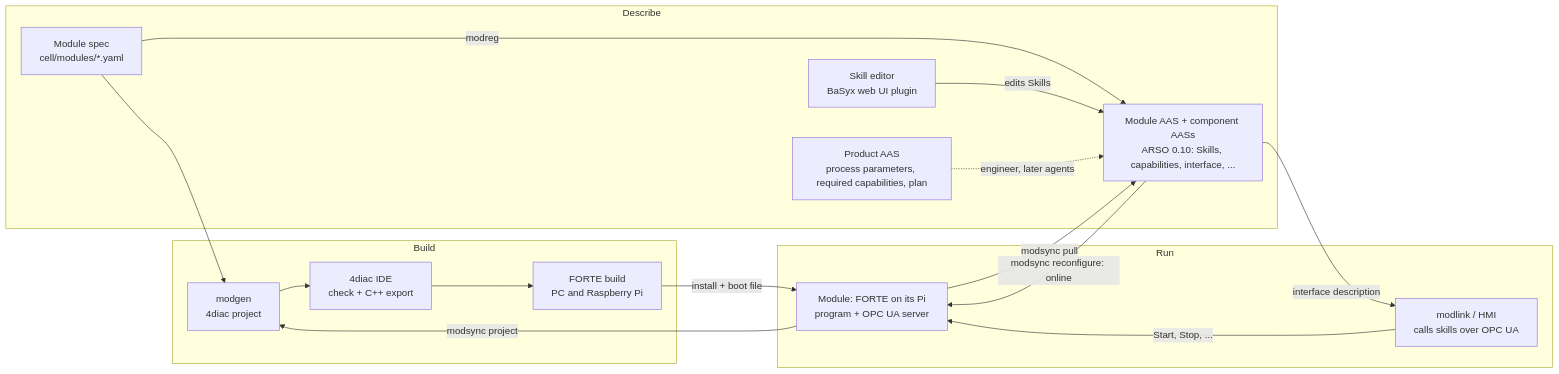
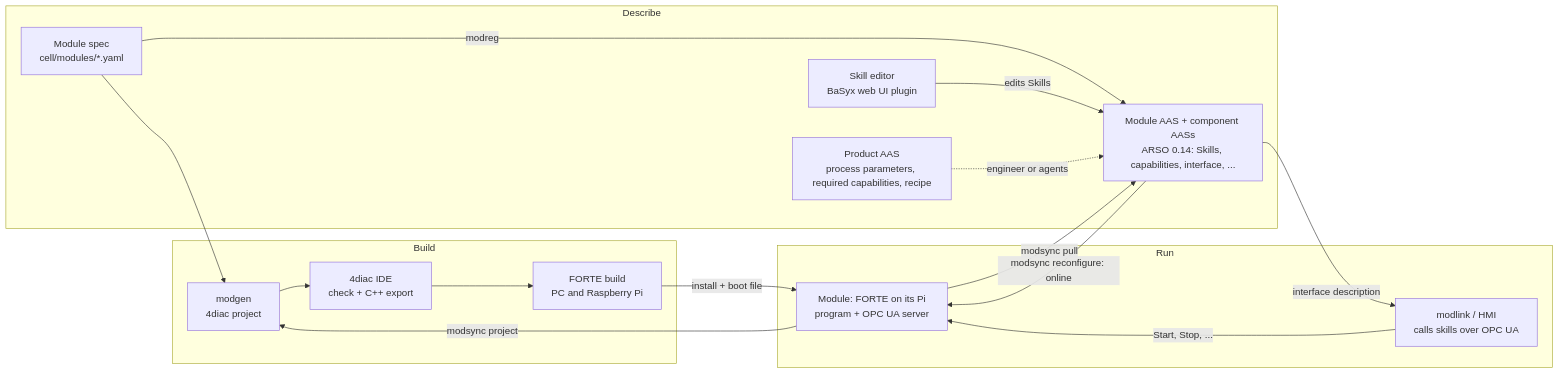
Before and after one commit to AAUSmartProductionLab/iec61499-mgmt-py: the diagram in docs/pipeline.md, drawn with Mermaid. The commit also changed other lines of this file and 3 other files, not shown here.

Commit message:
Pipeline, mapping and module docs: ARSO 0.14, Variables, the agents and SKILL_FailMerge as built

````diff
--- a/docs/pipeline.md
+++ b/docs/pipeline.md
@@ -18,26 +18,26 @@
 ```mermaid
 flowchart LR
     subgraph Describe
         spec[Module spec<br/>cell/modules/*.yaml]
-        aas[Module AAS + component AASs<br/>ARSO 0.10: Skills, capabilities, interface, ...]
-        product[Product AAS<br/>process parameters, required capabilities, plan]
+        aas[Module AAS + component AASs<br/>ARSO 0.14: Skills, capabilities, interface, ...]
+        product[Product AAS<br/>process parameters, required capabilities, recipe]
         editor[Skill editor<br/>BaSyx web UI plugin]
     end
     subgraph Build
         modgen[modgen<br/>4diac project]
         ide[4diac IDE<br/>check + C++ export]
         forte[FORTE build<br/>PC and Raspberry Pi]
     end
     subgraph Run
         device[Module: FORTE on its Pi<br/>program + OPC UA server]
         modlink[modlink / HMI<br/>calls skills over OPC UA]
     end
     spec --> modgen --> ide --> forte -->|install + boot file| device
     spec -->|modreg| aas
     device -->|modsync pull| aas
     editor -->|edits Skills| aas
-    product -.->|engineer, later agents| aas
+    product -.->|engineer or agents| aas
     aas -->|modsync reconfigure: online| device
     aas -->|interface description| modlink -->|Start, Stop, ...| device
     device -->|modsync project| modgen
 ```
````
